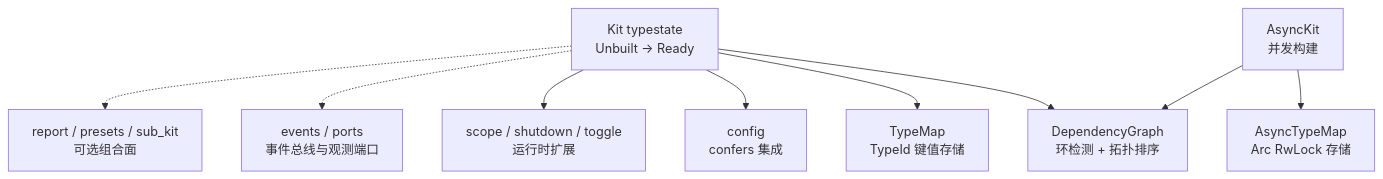
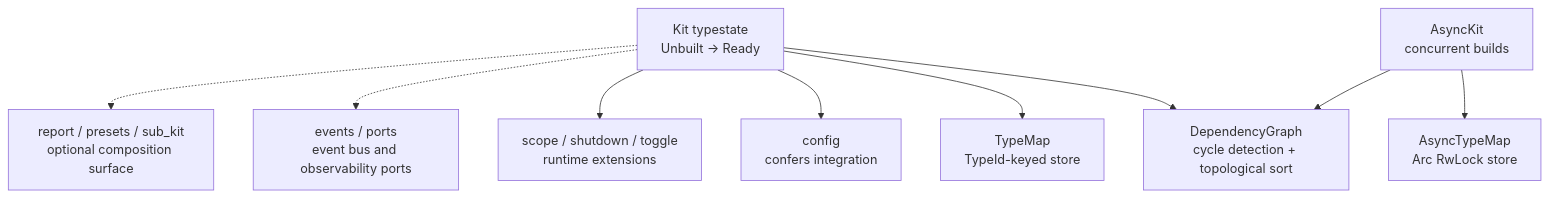
One commit to Kirky-X/trait-kit changed the second of 6 diagrams in docs/en/ARCHITECTURE.md. Above: the diagram before and after it, drawn with Mermaid. The commit also changed other lines of this file and 10 other files, not shown here.

````diff
--- a/docs/en/ARCHITECTURE.md
+++ b/docs/en/ARCHITECTURE.md
@@ -51,21 +51,21 @@
 ```mermaid
 flowchart TD
     K["Kit typestate<br/>Unbuilt → Ready"]
-    DG["DependencyGraph<br/>环检测 + 拓扑排序"]
-    TM["TypeMap<br/>TypeId 键值存储"]
-    CFG["config<br/>confers 集成"]
-    SC["scope / shutdown / toggle<br/>运行时扩展"]
-    AK["AsyncKit<br/>并发构建"]
-    ATM["AsyncTypeMap<br/>Arc RwLock 存储"]
-    EV["events / ports<br/>事件总线与观测端口"]
-    RP["report / presets / sub_kit<br/>可选组合面"]
+    DG["DependencyGraph<br/>cycle detection + topological sort"]
+    TM["TypeMap<br/>TypeId-keyed store"]
+    CFG["config<br/>confers integration"]
+    SC["scope / shutdown / toggle<br/>runtime extensions"]
+    AK["AsyncKit<br/>concurrent builds"]
+    ATM["AsyncTypeMap<br/>Arc RwLock store"]
+    EV["events / ports<br/>event bus and observability ports"]
+    RP["report / presets / sub_kit<br/>optional composition surface"]
 
     K --> DG
     K --> TM
     K --> CFG
     K --> SC
     AK --> ATM
     AK --> DG
     K -.-> EV
     K -.-> RP
 ```
````
